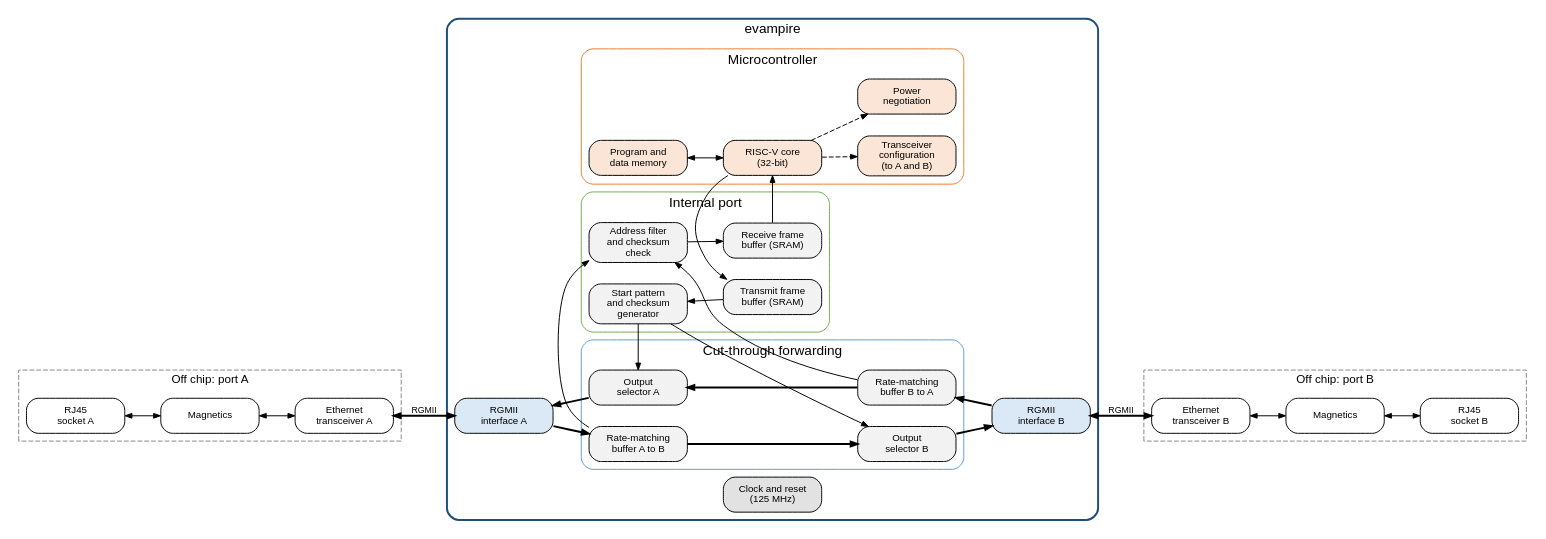
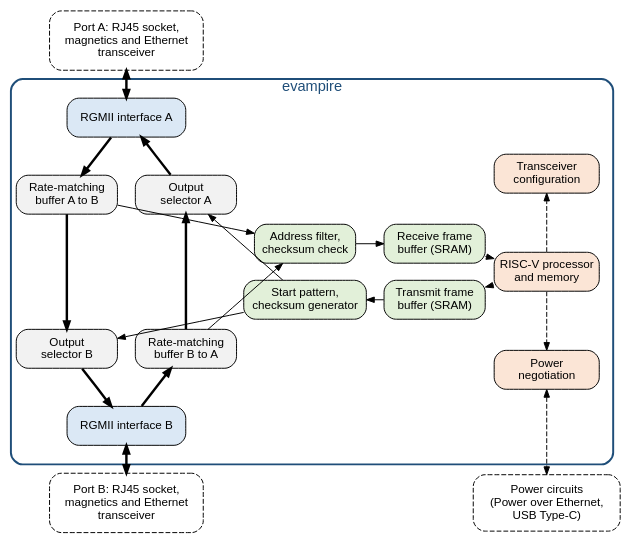
One commit to mithro/evampire changed the diagram in docs/architecture/block-diagram.dot. Above: the diagram before and after it, drawn with Graphviz.

Commit message:
Redraw the block diagram on a fixed grid that fits the page width
The diagram now reads top to bottom (port A to port B) at about
630 pt wide, so it is shown at close to full size instead of being
scaled down to an unreadable size. It also shows the power
negotiation interface driving the external power circuits.

```diff
--- a/docs/architecture/block-diagram.dot
+++ b/docs/architecture/block-diagram.dot
@@ -1,101 +1,99 @@
 // evampire block diagram.
 // Bold arrows: Ethernet frame data. Dashed arrows: control.
+//
+// The blocks are placed on a fixed grid (positions in inches) so that the
+// diagram reads top to bottom and fits the width of a documentation page:
+//
+//   column 1 (x=1.0)  forwarding path from port A to port B (downwards)
+//   column 2 (x=2.7)  forwarding path from port B to port A (upwards)
+//   column 3 (x=4.4)  address filter and frame generator
+//   column 4 (x=6.25)  frame buffers
+//   column 5 (x=7.85)  processor and its control interfaces
 //
 // SPDX-License-Identifier: Apache-2.0
 
 digraph evampire {
-    graph [rankdir=LR, fontname="Helvetica", fontsize=12, nodesep=0.3,
-           ranksep=0.5, newrank=true];
+    graph [layout=neato, splines=false, overlap=true, outputorder=nodesfirst,
+           fontname="Helvetica"];
     node  [shape=box, style="rounded,filled", fillcolor="#f2f2f2",
-           fontname="Helvetica", fontsize=10, width=1.4];
-    edge  [fontname="Helvetica", fontsize=9, arrowsize=0.7];
+           fontname="Helvetica", fontsize=12, width=1.45, height=0.55,
+           fixedsize=true];
+    edge  [arrowsize=0.8];
 
-    subgraph cluster_ext_a {
-        label="Off chip: port A"; style="dashed"; color="#888888";
-        rj45_a [label="RJ45\nsocket A", fillcolor="#ffffff"];
-        mag_a  [label="Magnetics", fillcolor="#ffffff"];
-        phy_a  [label="Ethernet\ntransceiver A", fillcolor="#ffffff"];
-    }
+    // Outline of the chip, drawn first so it sits behind the blocks.
+    chip [label="evampire", labelloc=t, fontsize=15, fontcolor="#1f4e79",
+          pos="4.5,5.0!", width=8.6, height=5.5, style="rounded,bold",
+          color="#1f4e79", fillcolor="none"];
 
-    subgraph cluster_ext_b {
-        label="Off chip: port B"; style="dashed"; color="#888888";
-        phy_b  [label="Ethernet\ntransceiver B", fillcolor="#ffffff"];
-        mag_b  [label="Magnetics", fillcolor="#ffffff"];
-        rj45_b [label="RJ45\nsocket B", fillcolor="#ffffff"];
-    }
+    // Off-chip parts.
+    port_a [pos="1.85,8.3!", width=2.2, height=0.85,
+            label="Port A: RJ45 socket,\nmagnetics and Ethernet\ntransceiver",
+            style="rounded,filled,dashed", fillcolor="#ffffff"];
+    port_b [pos="1.85,1.7!", width=2.2, height=0.85,
+            label="Port B: RJ45 socket,\nmagnetics and Ethernet\ntransceiver",
+            style="rounded,filled,dashed", fillcolor="#ffffff"];
+    power  [pos="7.85,1.7!", width=2.1, height=0.8,
+            label="Power circuits\n(Power over Ethernet,\nUSB Type-C)",
+            style="rounded,filled,dashed", fillcolor="#ffffff"];
 
-    subgraph cluster_chip {
-        label="evampire"; style="rounded,bold"; color="#1f4e79";
-        fontsize=14;
+    // RGMII interfaces.
+    rgmii_a [pos="1.85,7.2!", label="RGMII interface A", width=1.7,
+             fillcolor="#dbe8f5"];
+    rgmii_b [pos="1.85,2.8!", label="RGMII interface B", width=1.7,
+             fillcolor="#dbe8f5"];
 
-        rgmii_a [label="RGMII\ninterface A", fillcolor="#dbe8f5"];
-        rgmii_b [label="RGMII\ninterface B", fillcolor="#dbe8f5"];
+    // Cut-through forwarding.
+    fifo_ab [pos="1.0,6.1!", label="Rate-matching\nbuffer A to B"];
+    mux_b   [pos="1.0,3.9!", label="Output\nselector B"];
+    mux_a   [pos="2.7,6.1!", label="Output\nselector A"];
+    fifo_ba [pos="2.7,3.9!", label="Rate-matching\nbuffer B to A"];
 
-        subgraph cluster_fwd {
-            label="Cut-through forwarding"; style="rounded";
-            color="#5b9bd5";
-            fifo_ab [label="Rate-matching\nbuffer A to B"];
-            mux_a   [label="Output\nselector A"];
-            mux_b   [label="Output\nselector B"];
-            fifo_ba [label="Rate-matching\nbuffer B to A"];
-        }
+    // Internal port.
+    filt  [pos="4.4,5.4!", label="Address filter,\nchecksum check",
+           fillcolor="#e2f0d9"];
+    txgen [pos="4.4,4.6!", label="Start pattern,\nchecksum generator",
+           fillcolor="#e2f0d9", width=1.75];
+    rxbuf [pos="6.25,5.4!", label="Receive frame\nbuffer (SRAM)",
+           fillcolor="#e2f0d9"];
+    txbuf [pos="6.25,4.6!", label="Transmit frame\nbuffer (SRAM)",
+           fillcolor="#e2f0d9"];
 
-        subgraph cluster_int {
-            label="Internal port"; style="rounded"; color="#70ad47";
-            filt  [label="Address filter\nand checksum\ncheck"];
-            rxbuf [label="Receive frame\nbuffer (SRAM)"];
-            txbuf [label="Transmit frame\nbuffer (SRAM)"];
-            txgen [label="Start pattern\nand checksum\ngenerator"];
-        }
-
-        subgraph cluster_cpu {
-            label="Microcontroller"; style="rounded"; color="#ed7d31";
-            mem  [label="Program and\ndata memory", fillcolor="#fbe5d6"];
-            cpu  [label="RISC-V core\n(32-bit)", fillcolor="#fbe5d6"];
-            mdio [label="Transceiver\nconfiguration\n(to A and B)", fillcolor="#fbe5d6"];
-            pwr  [label="Power\nnegotiation", fillcolor="#fbe5d6"];
-        }
-
-        clk [label="Clock and reset\n(125 MHz)", fillcolor="#e2e2e2"];
-    }
-
-    // Column placement, left to right.
-    { rank=same; fifo_ab; mux_a; filt; txgen; mem; }
-    { rank=same; rxbuf; txbuf; cpu; clk; }
-    { rank=same; mux_b; fifo_ba; mdio; pwr; }
+    // Microcontroller.
+    cpu  [pos="7.85,5.0!", label="RISC-V processor\nand memory",
+          fillcolor="#fbe5d6", width=1.5];
+    mdio [pos="7.85,6.4!", label="Transceiver\nconfiguration",
+          fillcolor="#fbe5d6", width=1.5];
+    pwr  [pos="7.85,3.6!", label="Power\nnegotiation", fillcolor="#fbe5d6",
+          width=1.5];
 
     // Cable side.
-    rj45_a -> mag_a  [dir=both];
-    mag_a  -> phy_a  [dir=both];
-    phy_a  -> rgmii_a [dir=both, label="RGMII", penwidth=2];
-    rgmii_b -> phy_b [dir=both, label="RGMII", penwidth=2];
-    phy_b  -> mag_b  [dir=both];
-    mag_b  -> rj45_b [dir=both];
+    port_a  -> rgmii_a [dir=both, penwidth=2.5];
+    rgmii_b -> port_b  [dir=both, penwidth=2.5];
 
     // Forwarding, A to B.
-    rgmii_a -> fifo_ab [penwidth=2];
-    fifo_ab -> mux_b   [penwidth=2];
-    mux_b   -> rgmii_b [penwidth=2];
+    rgmii_a -> fifo_ab [penwidth=2.5];
+    fifo_ab -> mux_b   [penwidth=2.5];
+    mux_b   -> rgmii_b [penwidth=2.5];
 
     // Forwarding, B to A.
-    fifo_ba -> rgmii_b [penwidth=2, dir=back];
-    mux_a   -> fifo_ba [penwidth=2, dir=back];
-    rgmii_a -> mux_a   [penwidth=2, dir=back];
+    rgmii_b -> fifo_ba [penwidth=2.5];
+    fifo_ba -> mux_a   [penwidth=2.5];
+    mux_a   -> rgmii_a [penwidth=2.5];
 
     // Frames copied to the processor.
     fifo_ab -> filt;
-    filt    -> fifo_ba [dir=back];
+    fifo_ba -> filt;
     filt    -> rxbuf;
     rxbuf   -> cpu;
 
     // Frames sent by the processor.
-    txbuf -> cpu [dir=back];
-    txgen -> txbuf [dir=back];
+    cpu   -> txbuf;
+    txbuf -> txgen;
+    txgen -> mux_a;
     txgen -> mux_b;
-    txgen -> mux_a;
 
     // Control.
-    mem  -> cpu  [dir=both];
-    cpu  -> mdio [style=dashed];
-    cpu  -> pwr  [style=dashed];
+    cpu -> mdio  [style=dashed];
+    cpu -> pwr   [style=dashed];
+    pwr -> power [style=dashed, dir=both];
 }
```
